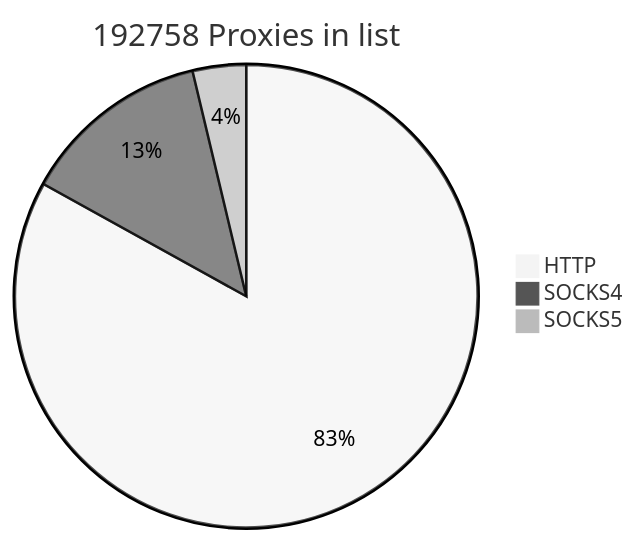
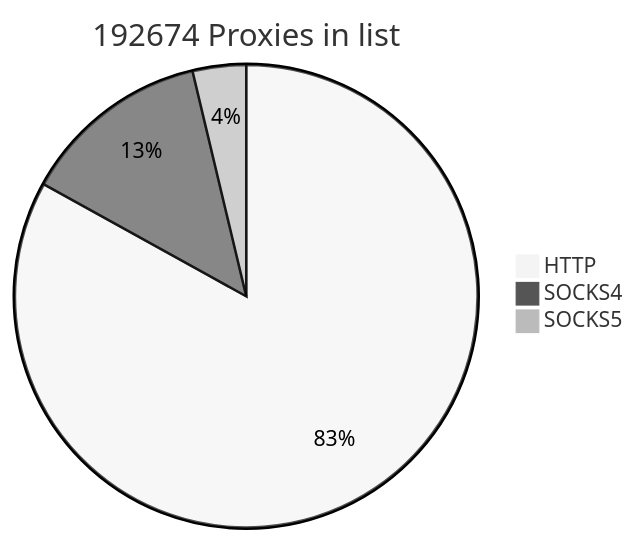
Before and after one commit to cutipu/proxylist: the first of 2 diagrams in README.md, drawn with Mermaid (neutral theme). The commit also changed other lines of this file, not shown here.

````diff
--- a/README.md
+++ b/README.md
@@ -2,7 +2,7 @@
 ```mermaid
-pie title 192758 Proxies in list
-    "HTTP" : 160079
-    "SOCKS4" : 25492
+pie title 192674 Proxies in list
+    "HTTP" : 160001
+    "SOCKS4" : 25486
     "SOCKS5" : 7187
             
 ```
````
